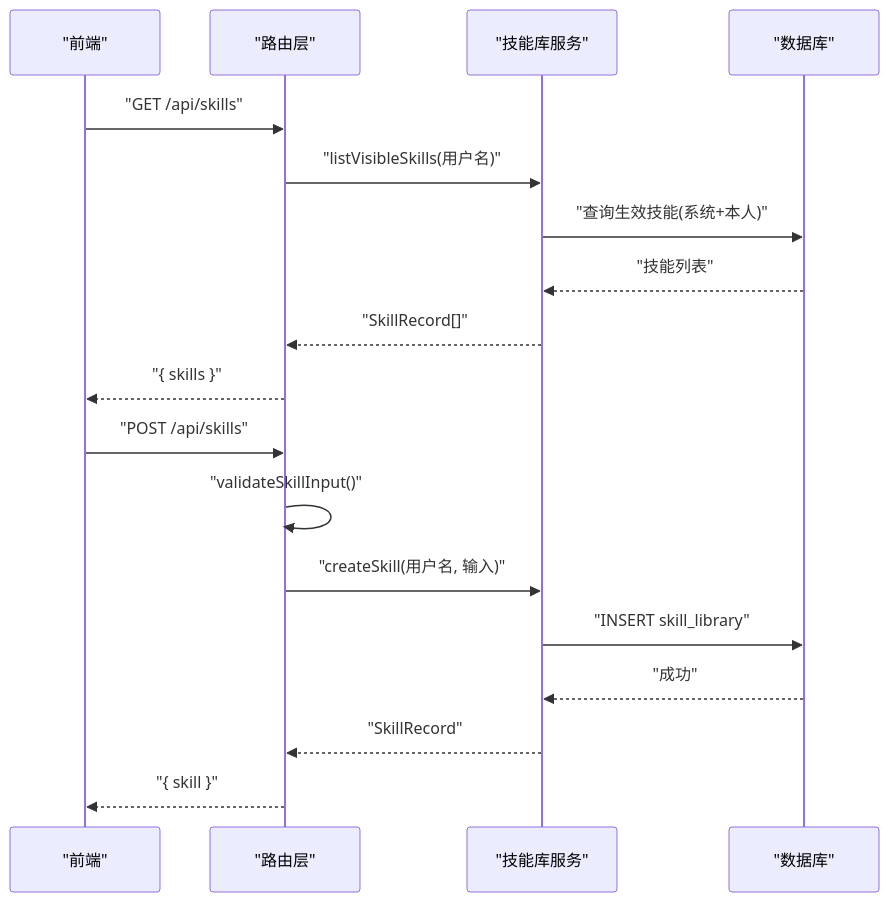
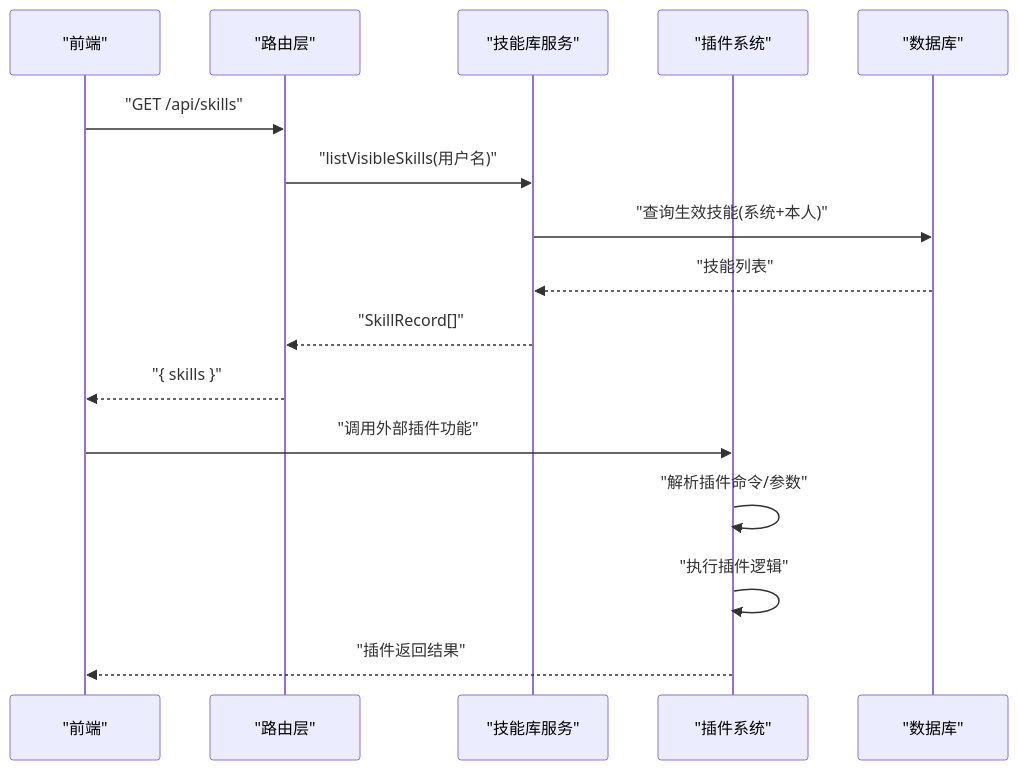
Before and after one commit to dgjin/smart-data-analytics: the second of 6 diagrams in .qoder/repowiki/zh/content/后端服务/核心业务模块/技能系统.md, drawn with Mermaid. The commit also changed other lines of this file and 146 other files, not shown here.

````diff
--- a/.qoder/repowiki/zh/content/后端服务/核心业务模块/技能系统.md
+++ b/.qoder/repowiki/zh/content/后端服务/核心业务模块/技能系统.md
@@ -88,20 +105,18 @@
 ```mermaid
 sequenceDiagram
 participant U as "前端"
 participant API as "路由层"
 participant S as "技能库服务"
+participant P as "插件系统"
 participant D as "数据库"
 U->>API : "GET /api/skills"
 API->>S : "listVisibleSkills(用户名)"
 S->>D : "查询生效技能(系统+本人)"
 D-->>S : "技能列表"
 S-->>API : "SkillRecord[]"
 API-->>U : "{ skills }"
-U->>API : "POST /api/skills"
-API->>API : "validateSkillInput()"
-API->>S : "createSkill(用户名, 输入)"
-S->>D : "INSERT skill_library"
-D-->>S : "成功"
-S-->>API : "SkillRecord"
-API-->>U : "{ skill }"
+U->>P : "调用外部插件功能"
+P->>P : "解析插件命令/参数"
+P->>P : "执行插件逻辑"
+P-->>U : "插件返回结果"
 ```
````
